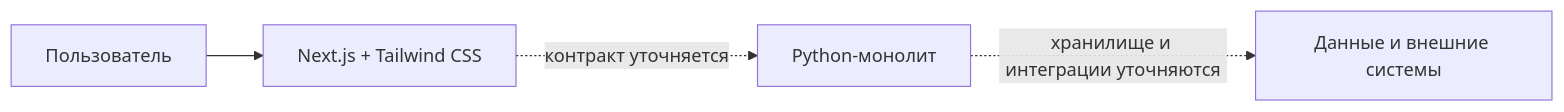
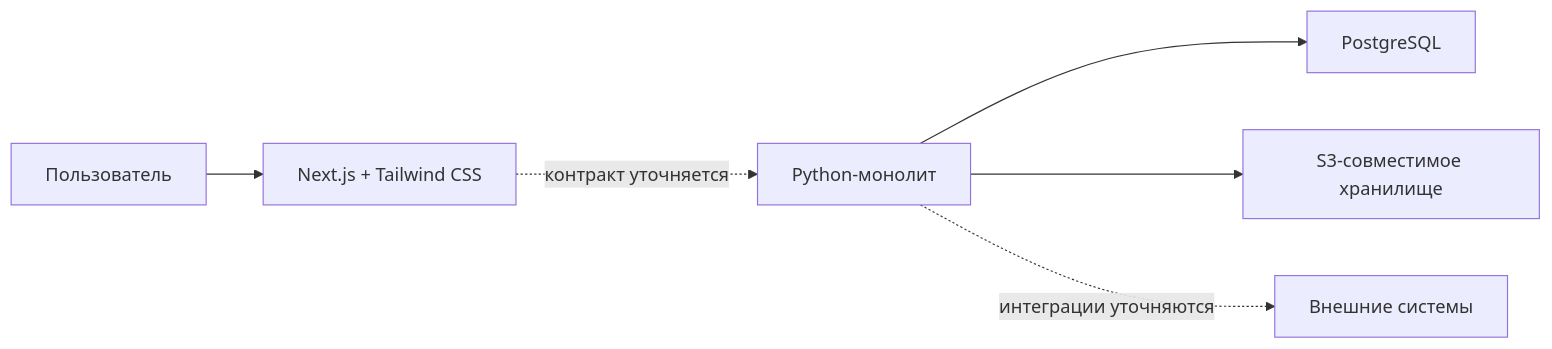
The diagram in docs/architecture.md (akkne/content-mill), drawn with Mermaid before and after one commit. The commit also changed other lines of this file and 8 other files, not shown here.

Commit message:
docs(roadmap): detail knowledge base and video pipeline

````diff
--- a/docs/architecture.md
+++ b/docs/architecture.md
@@ -15,6 +17,8 @@
 ```mermaid
 flowchart LR
     User[Пользователь] --> UI[Next.js + Tailwind CSS]
     UI -. контракт уточняется .-> App[Python-монолит]
-    App -. хранилище и интеграции уточняются .-> External[Данные и внешние системы]
+    App --> DB[PostgreSQL]
+    App --> Files[S3-совместимое хранилище]
+    App -. интеграции уточняются .-> External[Внешние системы]
 ```
````
